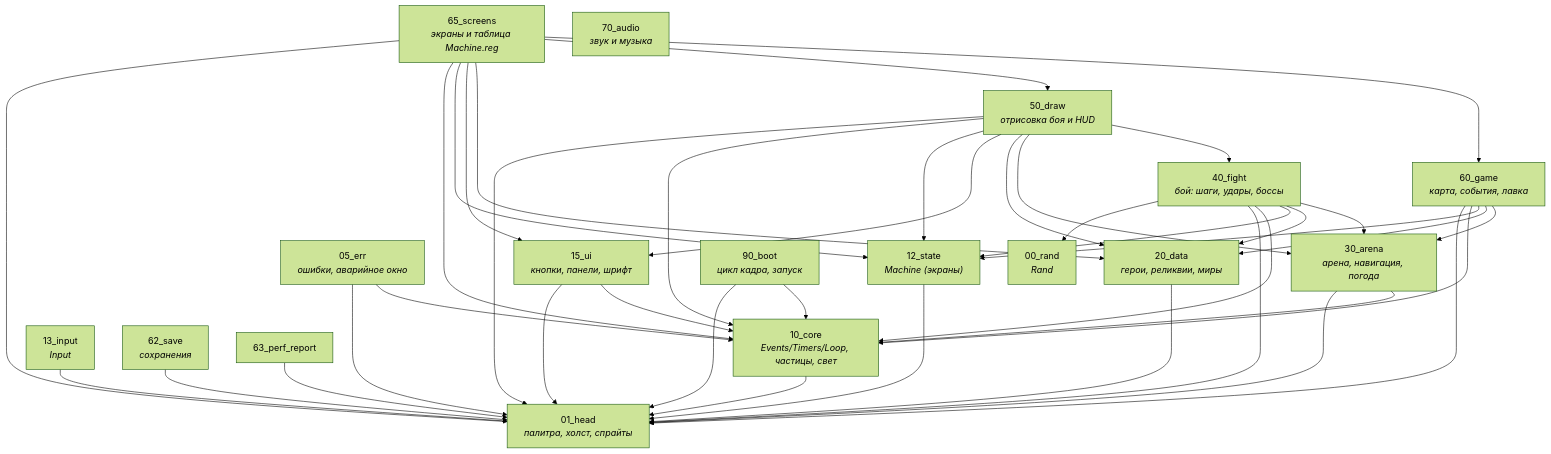
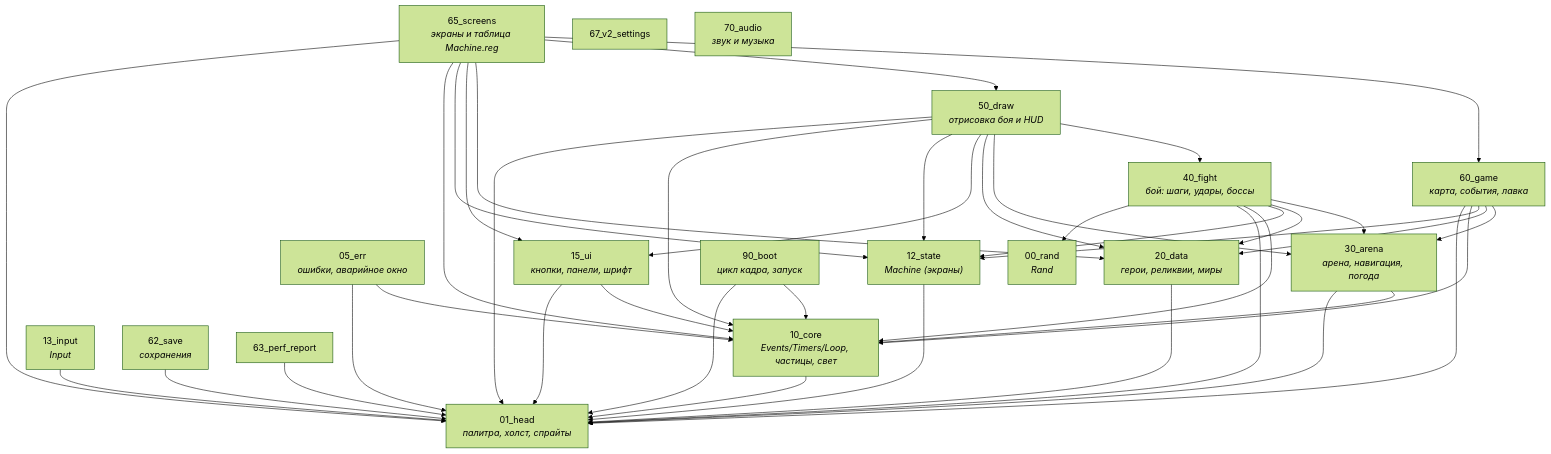
Before and after one commit to pampirapik2008-del/-: the first of 2 diagrams in docs/ARCHITECTURE.md, drawn with Mermaid (forest theme). The commit also changed other lines of this file and 16 other files, not shown here.

````diff
--- a/docs/ARCHITECTURE.md
+++ b/docs/ARCHITECTURE.md
@@ -53,59 +53,60 @@
 ```mermaid
 flowchart TB
     00_rand["00_rand<br/><i>Rand</i>"]
     01_head["01_head<br/><i>палитра, холст, спрайты</i>"]
     05_err["05_err<br/><i>ошибки, аварийное окно</i>"]
     10_core["10_core<br/><i>Events/Timers/Loop, частицы, свет</i>"]
     12_state["12_state<br/><i>Machine (экраны)</i>"]
     13_input["13_input<br/><i>Input</i>"]
     15_ui["15_ui<br/><i>кнопки, панели, шрифт</i>"]
     20_data["20_data<br/><i>герои, реликвии, миры</i>"]
     30_arena["30_arena<br/><i>арена, навигация, погода</i>"]
     40_fight["40_fight<br/><i>бой: шаги, удары, боссы</i>"]
     50_draw["50_draw<br/><i>отрисовка боя и HUD</i>"]
     60_game["60_game<br/><i>карта, события, лавка</i>"]
     62_save["62_save<br/><i>сохранения</i>"]
     63_perf_report["63_perf_report<br/><i></i>"]
     65_screens["65_screens<br/><i>экраны и таблица Machine.reg</i>"]
+    67_v2_settings["67_v2_settings<br/><i></i>"]
     70_audio["70_audio<br/><i>звук и музыка</i>"]
     90_boot["90_boot<br/><i>цикл кадра, запуск</i>"]
     05_err --> 01_head
     05_err --> 10_core
     10_core --> 01_head
     12_state --> 01_head
     13_input --> 01_head
     15_ui --> 01_head
     15_ui --> 10_core
     20_data --> 01_head
     30_arena --> 01_head
     30_arena --> 10_core
     40_fight --> 00_rand
     40_fight --> 01_head
     40_fight --> 10_core
     40_fight --> 12_state
     40_fight --> 20_data
     40_fight --> 30_arena
     50_draw --> 01_head
     50_draw --> 10_core
     50_draw --> 12_state
     50_draw --> 15_ui
     50_draw --> 20_data
     50_draw --> 30_arena
     50_draw --> 40_fight
     60_game --> 01_head
     60_game --> 10_core
     60_game --> 12_state
     60_game --> 20_data
     60_game --> 30_arena
     62_save --> 01_head
     63_perf_report --> 01_head
     65_screens --> 01_head
     65_screens --> 10_core
     65_screens --> 12_state
     65_screens --> 15_ui
     65_screens --> 20_data
     65_screens --> 50_draw
     65_screens --> 60_game
     90_boot --> 01_head
     90_boot --> 10_core
 ```
````
